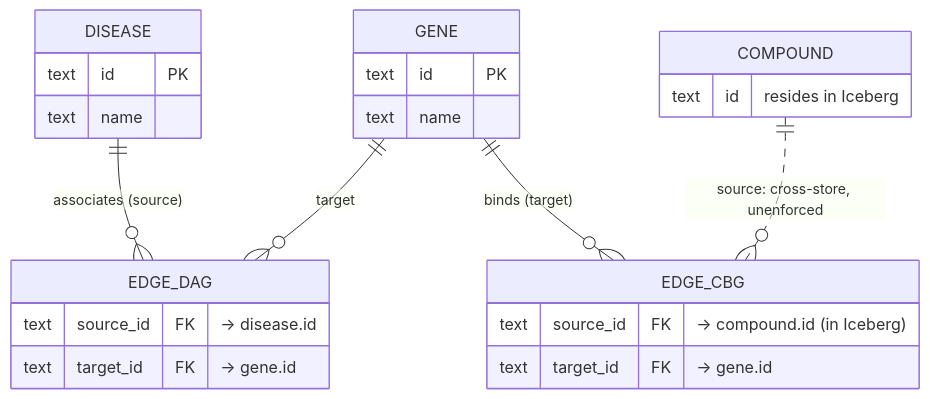
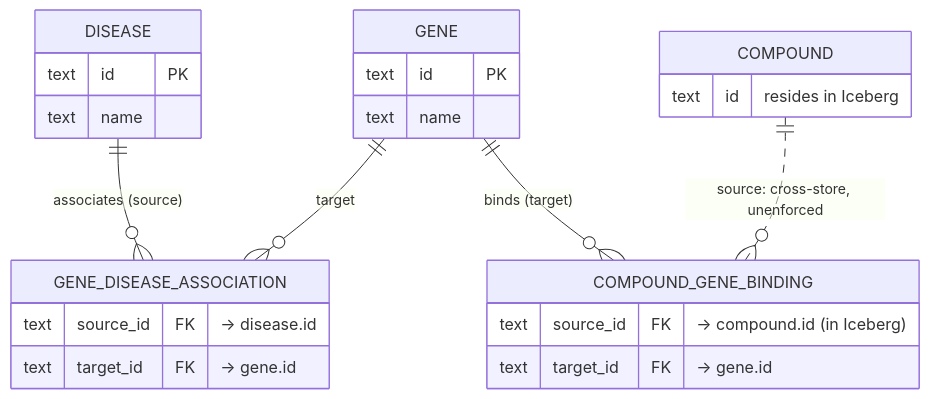
The first of 3 diagrams in README.md (joseph-higaki/virtual-knowledge-graph-connectivity), drawn with Mermaid before and after one commit. The commit also changed other lines of this file and 3 other files, not shown here.

First line of the commit message:
refactor(schema): rename edge tables to relational association names

````diff
--- a/README.md
+++ b/README.md
@@ -84,27 +84,27 @@
 ```mermaid
 erDiagram
     GENE {
         text id PK
         text name
     }
     DISEASE {
         text id PK
         text name
     }
-    EDGE_DAG {
+    GENE_DISEASE_ASSOCIATION {
         text source_id FK "-> disease.id"
         text target_id FK "-> gene.id"
     }
-    EDGE_CBG {
+    COMPOUND_GENE_BINDING {
         text source_id FK "-> compound.id (in Iceberg)"
         text target_id FK "-> gene.id"
     }
     COMPOUND {
         text id "resides in Iceberg"
     }
 
-    DISEASE  ||--o{ EDGE_DAG : "associates (source)"
-    GENE     ||--o{ EDGE_DAG : "target"
-    GENE     ||--o{ EDGE_CBG : "binds (target)"
-    COMPOUND ||..o{ EDGE_CBG : "source: cross-store, unenforced"
+    DISEASE  ||--o{ GENE_DISEASE_ASSOCIATION : "associates (source)"
+    GENE     ||--o{ GENE_DISEASE_ASSOCIATION : "target"
+    GENE     ||--o{ COMPOUND_GENE_BINDING : "binds (target)"
+    COMPOUND ||..o{ COMPOUND_GENE_BINDING : "source: cross-store, unenforced"
 ```
````
